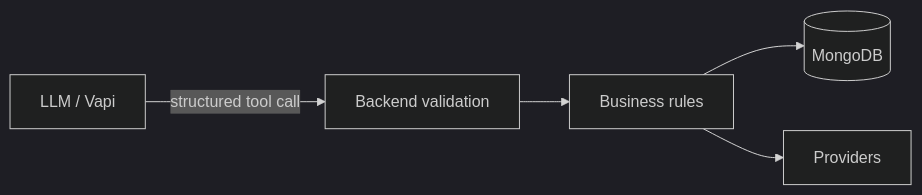
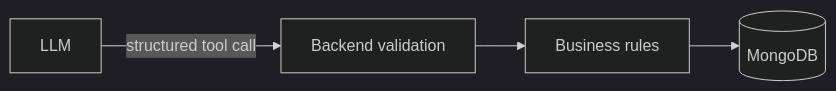
One commit to raghvendrapratap1/AI_Help_Desk changed the second of 2 diagrams in README.MD. Above: the diagram before and after it, drawn with Mermaid (dark theme). The commit also changed other lines of this file, not shown here.

````diff
--- a/README.MD
+++ b/README.MD
@@ -1370,7 +140,6 @@
 ```mermaid
 flowchart LR
-    LLM[LLM / Vapi] -->|structured tool call| BE[Backend validation]
+    LLM[LLM] -->|structured tool call| BE[Backend validation]
     BE --> BL[Business rules]
     BL --> DB[(MongoDB)]
-    BL --> EXT[Providers]
 ```
````
